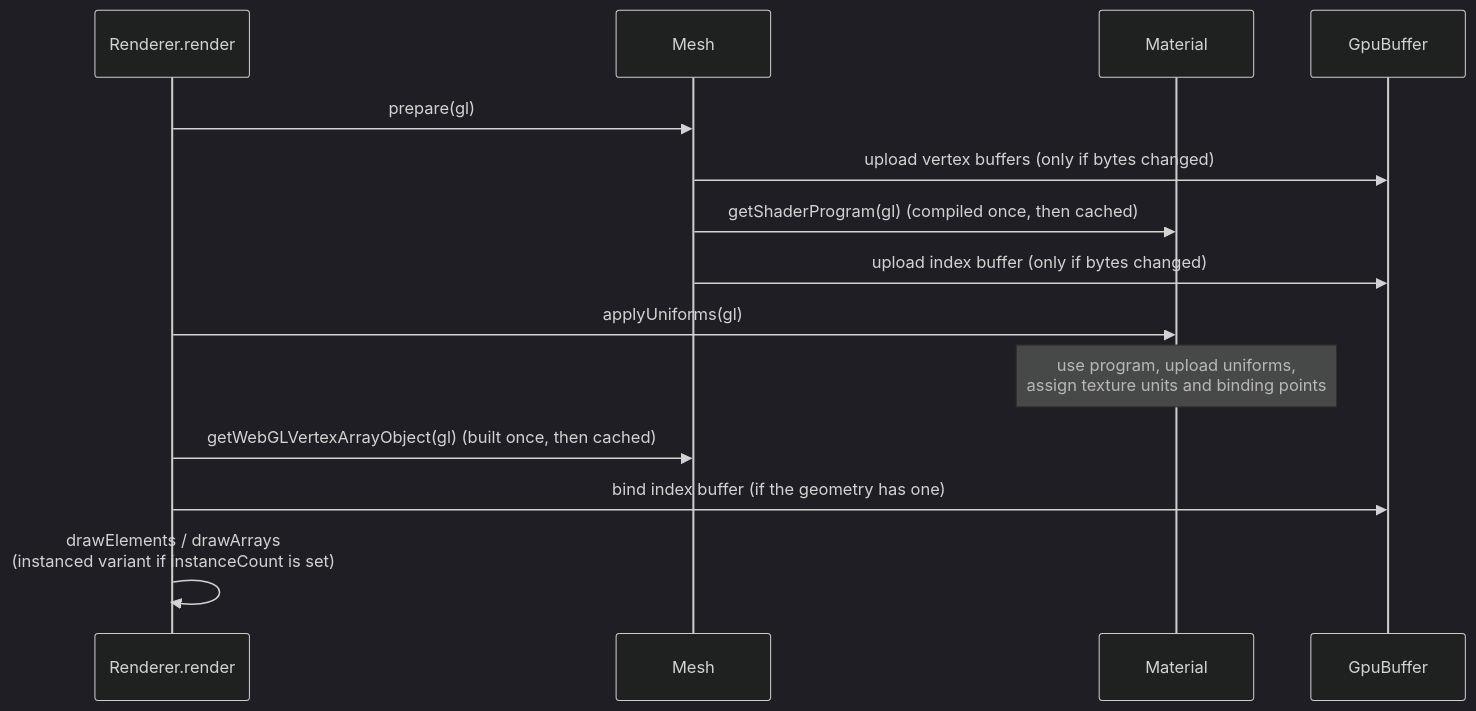
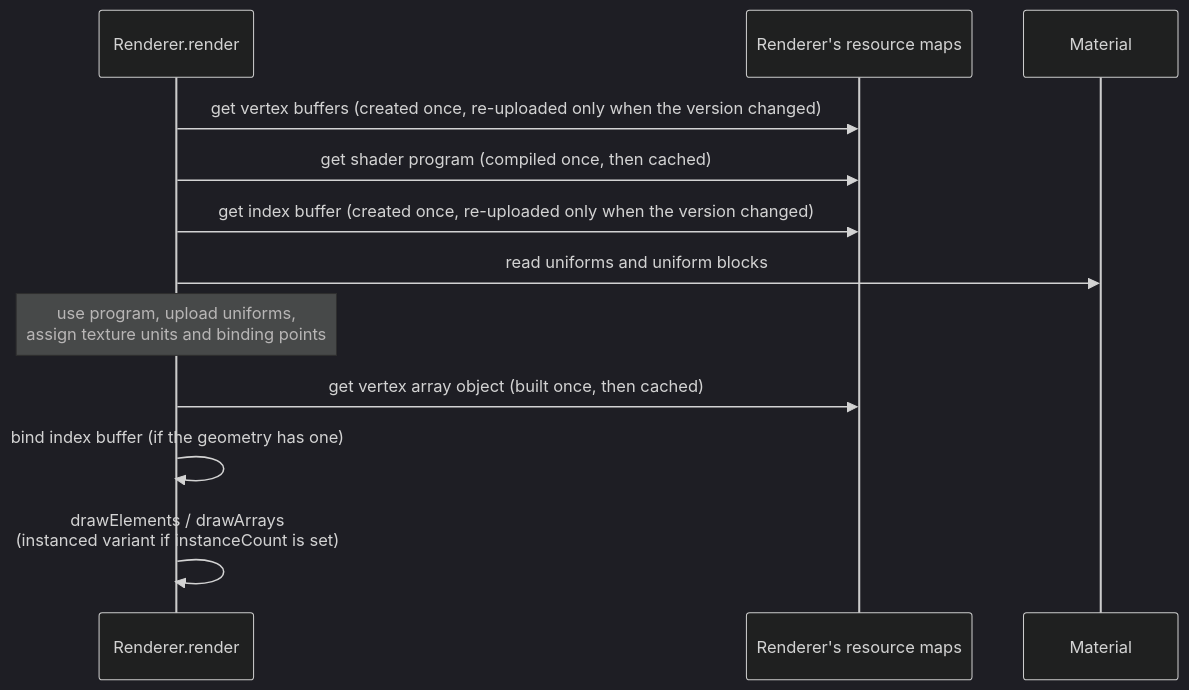
Before and after one commit to luis-herasme/graphics-library: the third of 3 diagrams in ARCHITECTURE.md, drawn with Mermaid (dark theme). The commit also changed other lines of this file and 9 other files, not shown here.

First line of the commit message:
Move ownership of GPU resources into the renderer

````diff
--- a/ARCHITECTURE.md
+++ b/ARCHITECTURE.md
@@ -84,17 +88,15 @@
 ```mermaid
 sequenceDiagram
   participant R as Renderer.render
-  participant M as Mesh
+  participant Maps as Renderer's resource maps
   participant Mat as Material
-  participant G as GpuBuffer
 
-  R->>M: prepare(gl)
-  M->>G: upload vertex buffers (only if bytes changed)
-  M->>Mat: getShaderProgram(gl) (compiled once, then cached)
-  M->>G: upload index buffer (only if bytes changed)
-  R->>Mat: applyUniforms(gl)
-  Note over Mat: use program, upload uniforms,<br/>assign texture units and binding points
-  R->>M: getWebGLVertexArrayObject(gl) (built once, then cached)
-  R->>G: bind index buffer (if the geometry has one)
+  R->>Maps: get vertex buffers (created once, re-uploaded only when the version changed)
+  R->>Maps: get shader program (compiled once, then cached)
+  R->>Maps: get index buffer (created once, re-uploaded only when the version changed)
+  R->>Mat: read uniforms and uniform blocks
+  Note over R: use program, upload uniforms,<br/>assign texture units and binding points
+  R->>Maps: get vertex array object (built once, then cached)
+  R->>R: bind index buffer (if the geometry has one)
   R->>R: drawElements / drawArrays<br/>(instanced variant if instanceCount is set)
 ```
````
